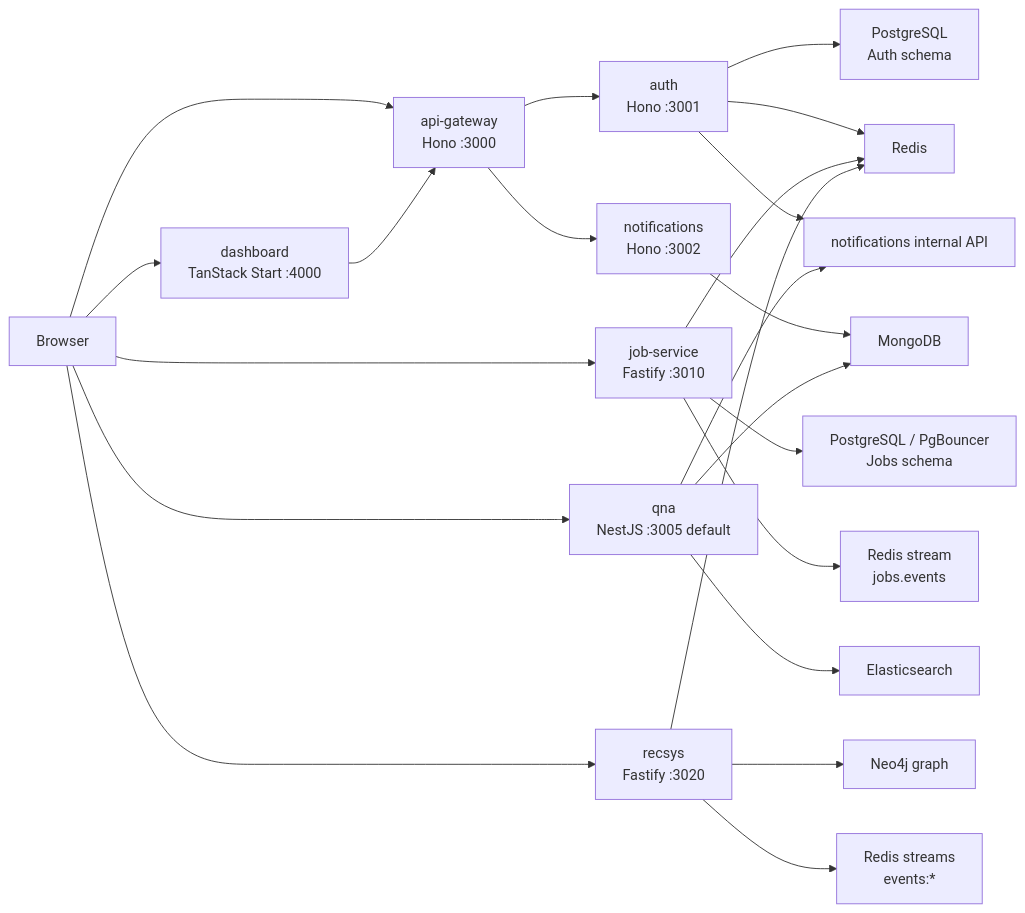
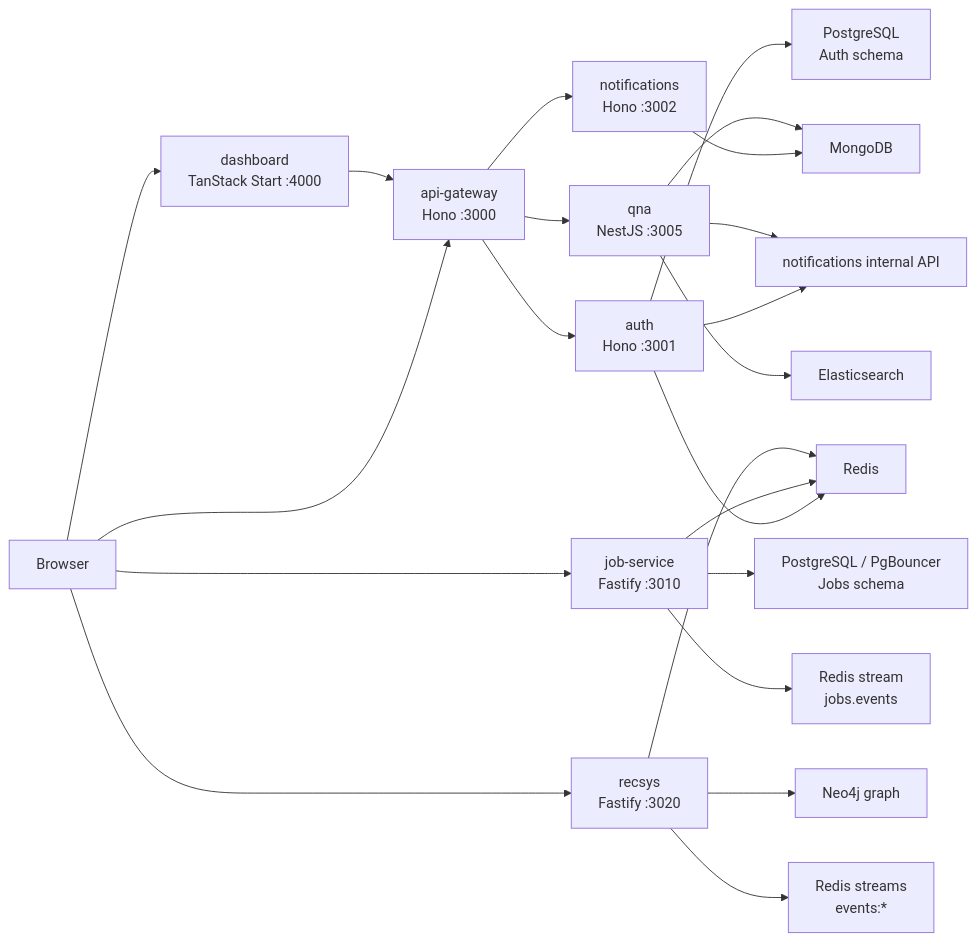
One commit to zgid123/master-project-advanced-database changed the first of 7 diagrams in ARCHITECTURE.md. Above: the diagram before and after it, drawn with Mermaid. The commit also changed other lines of this file and 8 other files, not shown here.

````diff
--- a/ARCHITECTURE.md
+++ b/ARCHITECTURE.md
@@ -17,29 +17,29 @@
 ```mermaid
 flowchart LR
   Browser["Browser"] --> Dashboard["dashboard\nTanStack Start :4000"]
   Browser --> Gateway["api-gateway\nHono :3000"]
   Browser --> Jobs["job-service\nFastify :3010"]
-  Browser --> Qna["qna\nNestJS :3005 default"]
   Browser --> RecSys["recsys\nFastify :3020"]
 
   Dashboard --> Gateway
   Gateway --> Auth["auth\nHono :3001"]
   Gateway --> Notifications["notifications\nHono :3002"]
+  Gateway --> Qna["qna\nNestJS :3005"]
 
   Auth --> AuthPg["PostgreSQL\nAuth schema"]
   Auth --> Redis["Redis"]
   Auth --> NotificationsInternal["notifications internal API"]
 
   Notifications --> Mongo["MongoDB"]
   Qna --> Mongo
   Qna --> Elasticsearch["Elasticsearch"]
   Qna --> NotificationsInternal
 
   Jobs --> JobsPg["PostgreSQL / PgBouncer\nJobs schema"]
   Jobs --> Redis
   Jobs --> JobsOutbox["Redis stream\njobs.events"]
 
   RecSys --> Neo4j["Neo4j graph"]
   RecSys --> Redis
   RecSys --> RecSysStreams["Redis streams\nevents:*"]
 ```
````
